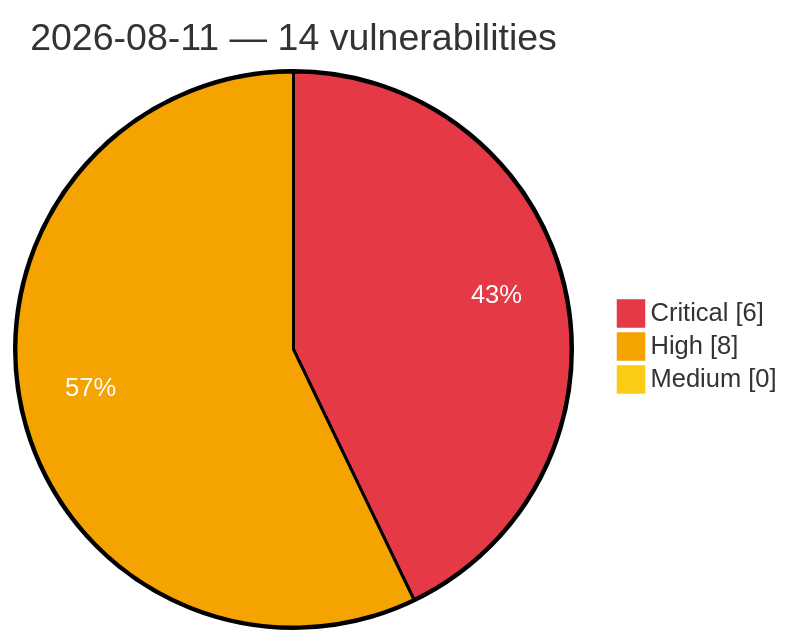
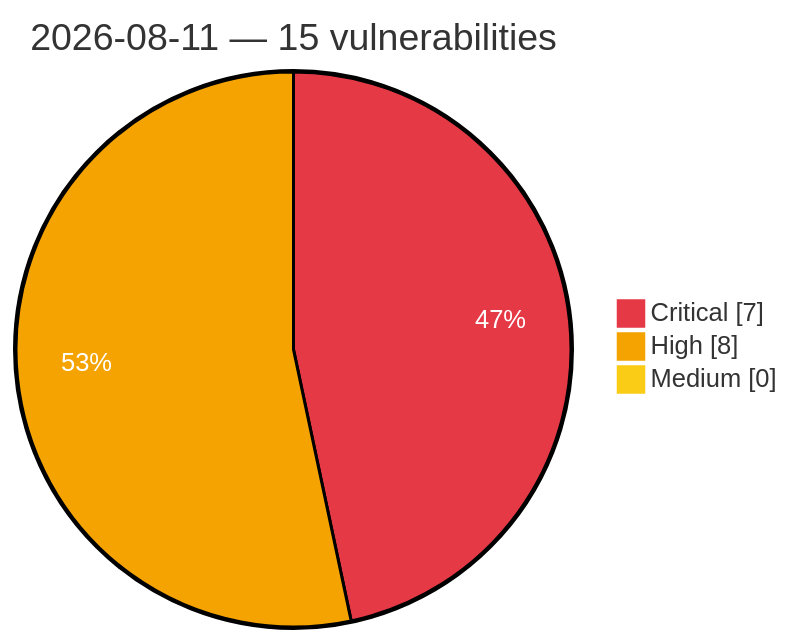
The diagram in vulnerabilities/2026/August/2026-08-11.md (GhostX0X/vuln-tracker), drawn with Mermaid before and after one commit. The commit also changed other lines of this file and 5 other files, not shown here.

````diff
--- a/vulnerabilities/2026/August/2026-08-11.md
+++ b/vulnerabilities/2026/August/2026-08-11.md
@@ -3,8 +3,8 @@
 ```mermaid
 %%{init: {'theme':'base', 'themeVariables': {'pie1':'#e63946', 'pie2':'#f4a300', 'pie3':'#facc15', 'pieOpacity':'1', 'pieOuterStrokeWidth':'2px', 'pieSectionTextColor':'#ffffff'}}}%%
 pie showData
-    title 2026-08-11 — 14 vulnerabilities
-    "Critical" : 6
+    title 2026-08-11 — 15 vulnerabilities
+    "Critical" : 7
     "High" : 8
     "Medium" : 0
 ```
````
